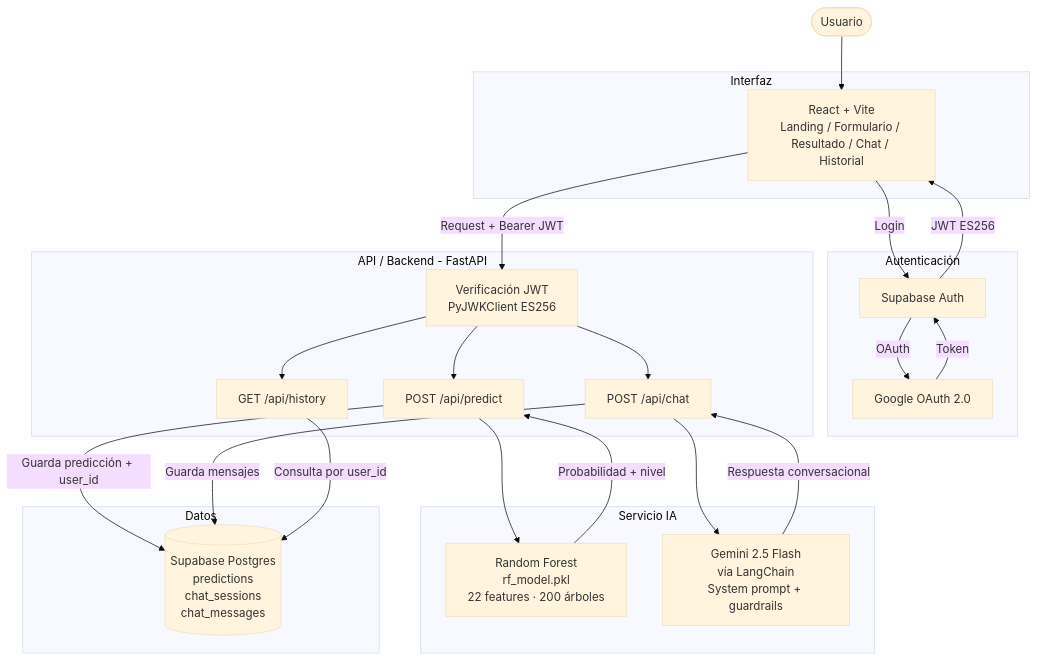
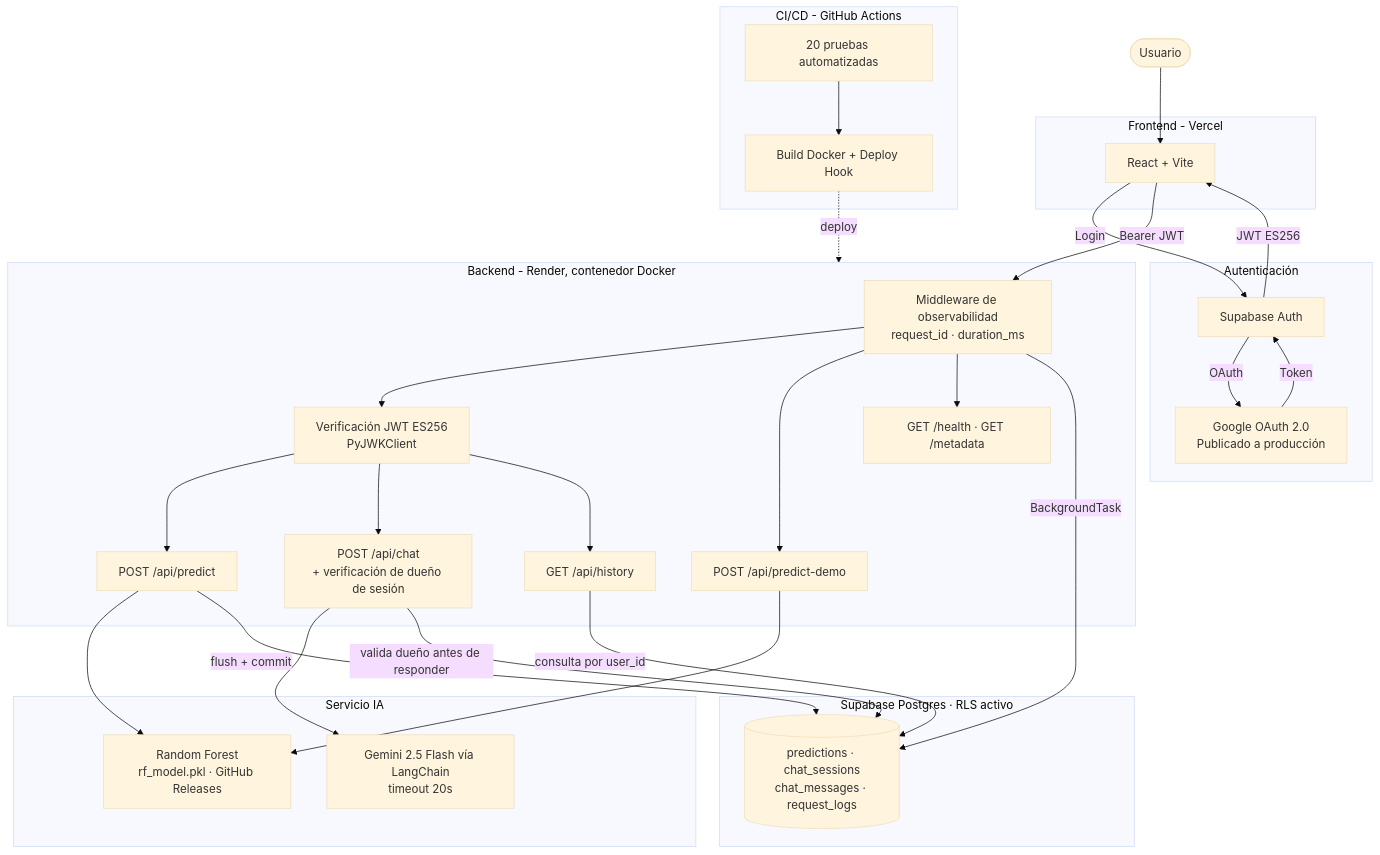
Before and after one commit to sauzuniga/GameVisionIA: the diagram in docs/arquitectura-actual.md, drawn with Mermaid (base theme). The commit also changed other lines of this file and 3 other files, not shown here.

````diff
--- a/docs/arquitectura-actual.md
+++ b/docs/arquitectura-actual.md
@@ -23,49 +31,62 @@
 ```mermaid
 flowchart TD
-    U([Usuario]) --> I
+    U([Usuario]) --> FE
 
-    subgraph Interfaz
-        I[React + Vite\nLanding / Formulario / Resultado / Chat / Historial]
+    subgraph Frontend [Frontend - Vercel]
+        FE[React + Vite]
     end
 
-    subgraph Autenticación
+    subgraph Auth [Autenticación]
         SA[Supabase Auth]
-        GO[Google OAuth 2.0]
+        GO[Google OAuth 2.0\nPublicado a producción]
     end
 
-    I -- Login --> SA
+    FE -- Login --> SA
     SA -- OAuth --> GO
     GO -- Token --> SA
-    SA -- JWT ES256 --> I
+    SA -- JWT ES256 --> FE
 
-    subgraph API_Backend [API / Backend - FastAPI]
+    subgraph Backend [Backend - Render, contenedor Docker]
+        MW[Middleware de observabilidad\nrequest_id · duration_ms]
+        JWT_V[Verificación JWT ES256\nPyJWKClient]
         EP1[POST /api/predict]
-        EP2[POST /api/chat]
-        EP3[GET /api/history]
-        JWT_V[Verificación JWT\nPyJWKClient ES256]
+        EP2[POST /api/predict-demo]
+        EP3[POST /api/chat\n+ verificación de dueño de sesión]
+        EP4[GET /api/history]
+        HC[GET /health · GET /metadata]
     end
 
-    I -- Request + Bearer JWT --> JWT_V
+    FE -- Bearer JWT --> MW
+    MW --> JWT_V
     JWT_V --> EP1
-    JWT_V --> EP2
     JWT_V --> EP3
+    JWT_V --> EP4
+    MW --> EP2
+    MW --> HC
 
-    subgraph Servicio_IA [Servicio IA]
-        RF[Random Forest\nrf_model.pkl\n22 features · 200 árboles]
-        GEM[Gemini 2.5 Flash\nvía LangChain\nSystem prompt + guardrails]
+    subgraph IA [Servicio IA]
+        RF[Random Forest\nrf_model.pkl · GitHub Releases]
+        GEM[Gemini 2.5 Flash vía LangChain\ntimeout 20s]
     end
 
     EP1 --> RF
-    EP2 --> GEM
+    EP2 --> RF
+    EP3 --> GEM
 
-    subgraph Datos
-        DB[(Supabase Postgres\npredictions\nchat_sessions\nchat_messages)]
+    subgraph Datos [Supabase Postgres · RLS activo]
+        DB[(predictions · chat_sessions\nchat_messages · request_logs)]
     end
 
-    EP1 -- Guarda predicción + user_id --> DB
-    EP2 -- Guarda mensajes --> DB
-    EP3 -- Consulta por user_id --> DB
+    EP1 -- flush + commit --> DB
+    EP3 -- valida dueño antes de responder --> DB
+    EP4 -- consulta por user_id --> DB
+    MW -- BackgroundTask --> DB
 
-    RF -- Probabilidad + nivel --> EP1
-    GEM -- Respuesta conversacional --> EP2
+    subgraph CICD [CI/CD - GitHub Actions]
+        TEST[20 pruebas automatizadas]
+        BUILD[Build Docker + Deploy Hook]
+    end
+
+    TEST --> BUILD
+    BUILD -.deploy.-> Backend
 ```
````
